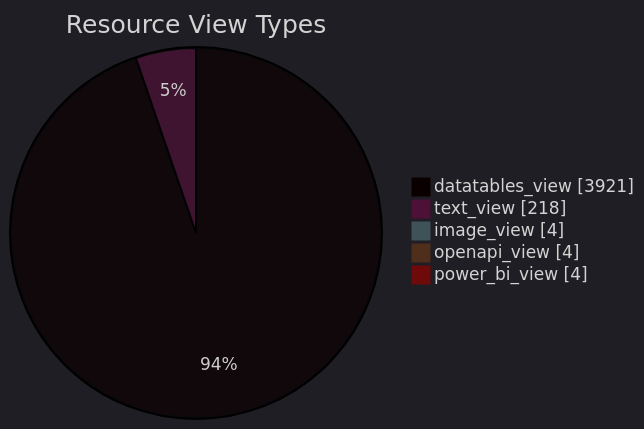
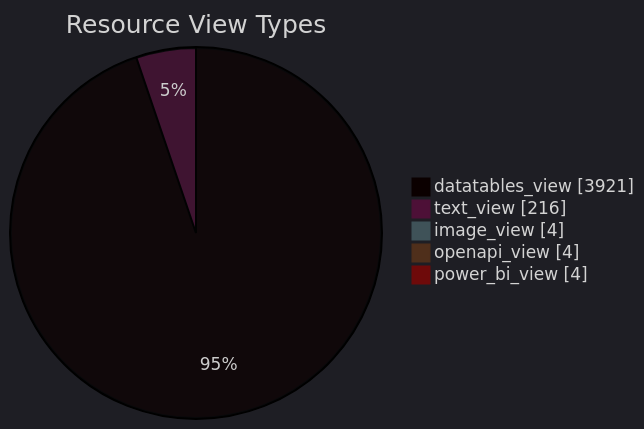
The diagram in datastore_tracker/resource_view_types_pie_chart.md (open-data/analytics-corporate-reporting), drawn with Mermaid before and after one commit. The commit also changed 12 other files, not shown here.

````diff
--- a/datastore_tracker/resource_view_types_pie_chart.md
+++ b/datastore_tracker/resource_view_types_pie_chart.md
@@ -2,12 +2,12 @@
 ```mermaid
 ---
 config:
   theme: dark
 ---
 pie showData title Resource View Types
     "datatables_view": 3921
-    "text_view": 218
+    "text_view": 216
     "image_view": 4
     "openapi_view": 4
     "power_bi_view": 4
 ```
````
